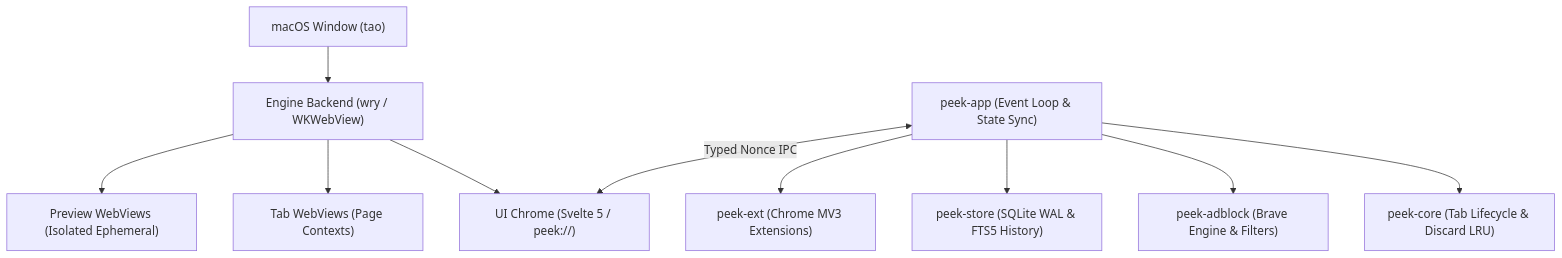
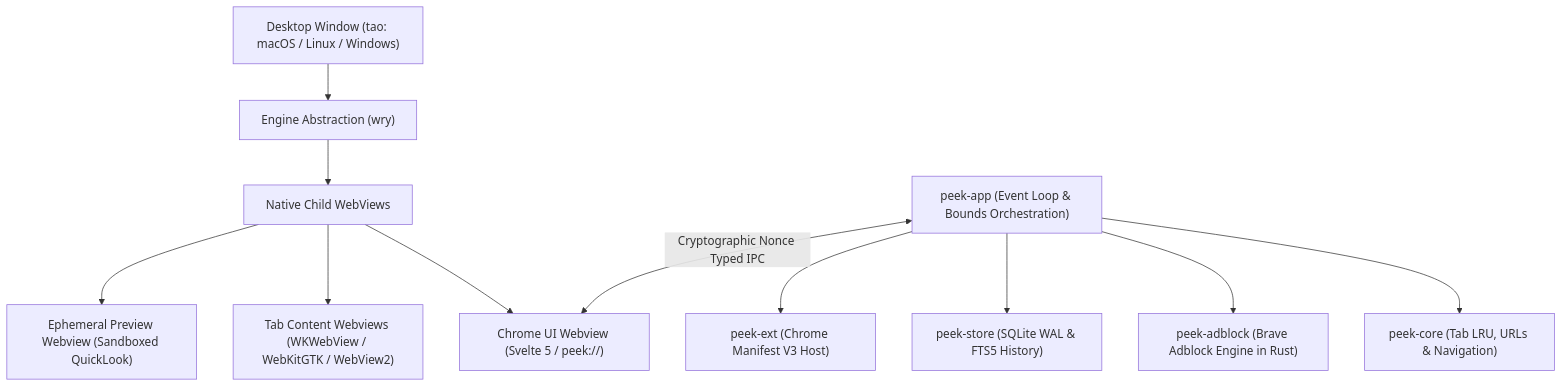
The diagram in README.md (senapati484/peek), drawn with Mermaid before and after one commit. The commit also changed other lines of this file and 3 other files, not shown here.

Commit message:
docs: modernize README with multi-platform downloads, architecture, and new screenshots

````diff
--- a/README.md
+++ b/README.md
@@ -100,13 +130,14 @@
 ```mermaid
 flowchart TD
-    Window["macOS Window (tao)"] --> Engine["Engine Backend (wry / WKWebView)"]
-    Engine --> UI["UI Chrome (Svelte 5 / peek://)"]
-    Engine --> Tabs["Tab WebViews (Page Contexts)"]
-    Engine --> Preview["Preview WebViews (Isolated Ephemeral)"]
+    Window["Desktop Window (tao: macOS / Linux / Windows)"] --> Engine["Engine Abstraction (wry)"]
+    Engine --> WebViews["Native Child WebViews"]
+    WebViews --> UI["Chrome UI Webview (Svelte 5 / peek://)"]
+    WebViews --> Pages["Tab Content Webviews (WKWebView / WebKitGTK / WebView2)"]
+    WebViews --> Previews["Ephemeral Preview Webview (Sandboxed QuickLook)"]
 
-    App["peek-app (Event Loop & State Sync)"] --> Core["peek-core (Tab Lifecycle & Discard LRU)"]
-    App --> Adblock["peek-adblock (Brave Engine & Filters)"]
+    App["peek-app (Event Loop & Bounds Orchestration)"] --> Core["peek-core (Tab LRU, URLs & Navigation)"]
+    App --> Adblock["peek-adblock (Brave Adblock Engine in Rust)"]
     App --> Store["peek-store (SQLite WAL & FTS5 History)"]
-    App --> Ext["peek-ext (Chrome MV3 Extensions)"]
-    App <-->|Typed Nonce IPC| UI
+    App --> Ext["peek-ext (Chrome Manifest V3 Host)"]
+    App <-->|Cryptographic Nonce Typed IPC| UI
 ```
````
